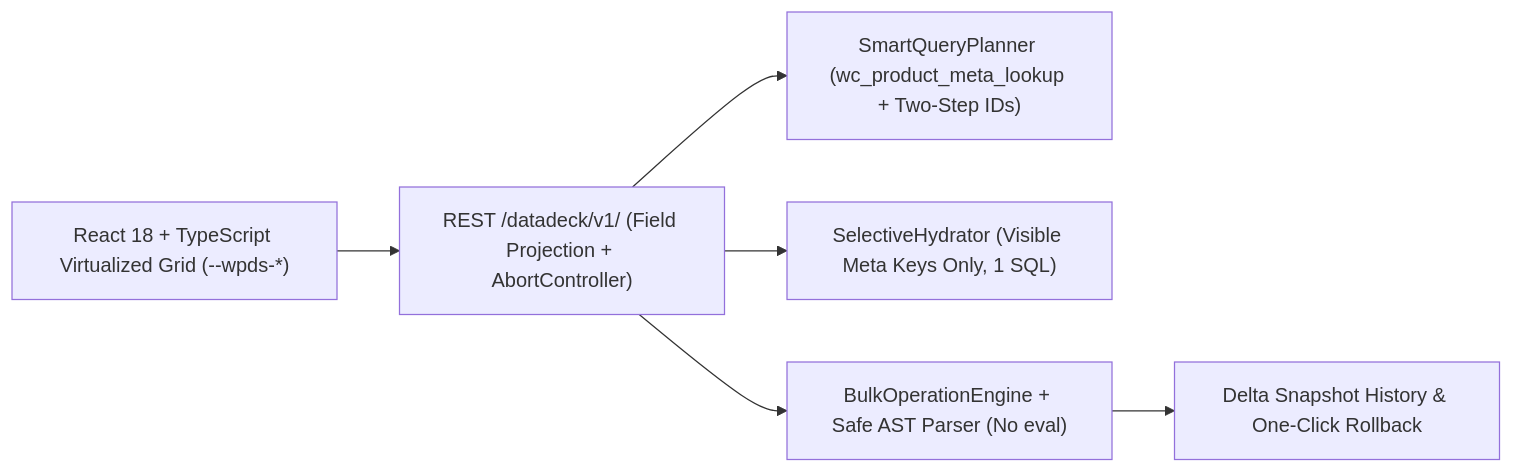
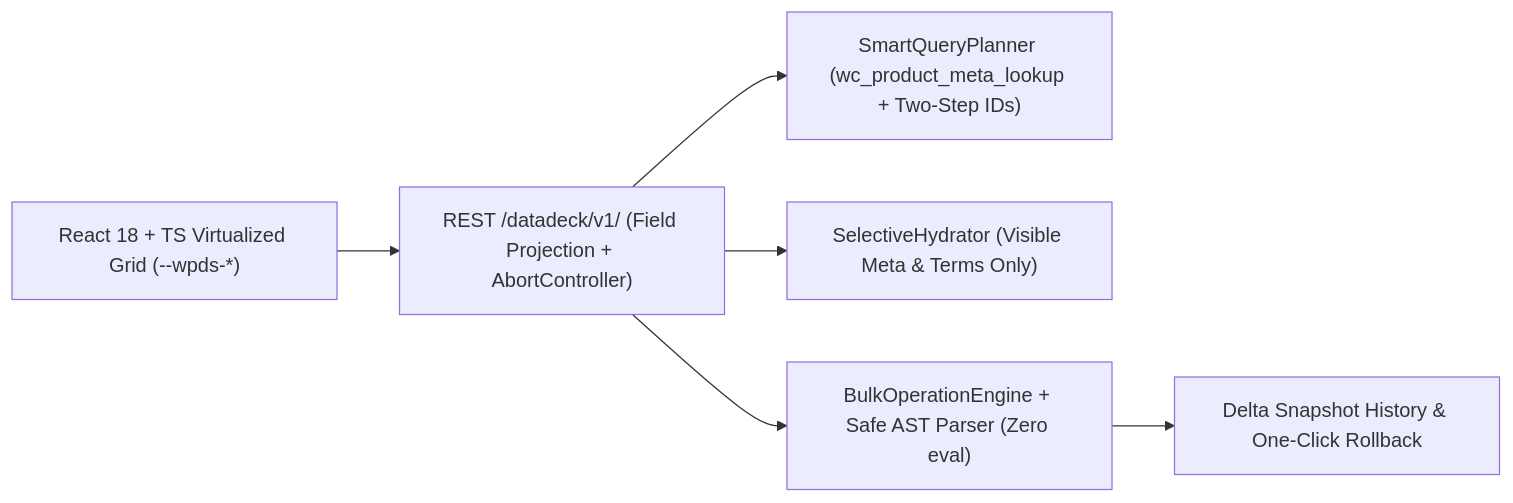
Before and after one commit to duhanguler/datadeck: the diagram in README.md, drawn with Mermaid. The commit also changed other lines of this file and 15 other files, not shown here.

````diff
--- a/README.md
+++ b/README.md
@@ -41,8 +114,8 @@
 ```mermaid
 flowchart LR
-    UI["React 18 + TypeScript Virtualized Grid (--wpds-*)"] --> REST["REST /datadeck/v1/ (Field Projection + AbortController)"]
+    UI["React 18 + TS Virtualized Grid (--wpds-*)"] --> REST["REST /datadeck/v1/ (Field Projection + AbortController)"]
     REST --> Planner["SmartQueryPlanner (wc_product_meta_lookup + Two-Step IDs)"]
-    REST --> Hydrator["SelectiveHydrator (Visible Meta Keys Only, 1 SQL)"]
-    REST --> Bulk["BulkOperationEngine + Safe AST Parser (No eval)"]
+    REST --> Hydrator["SelectiveHydrator (Visible Meta & Terms Only)"]
+    REST --> Bulk["BulkOperationEngine + Safe AST Parser (Zero eval)"]
     Bulk --> Audit["Delta Snapshot History & One-Click Rollback"]
 ```
````
